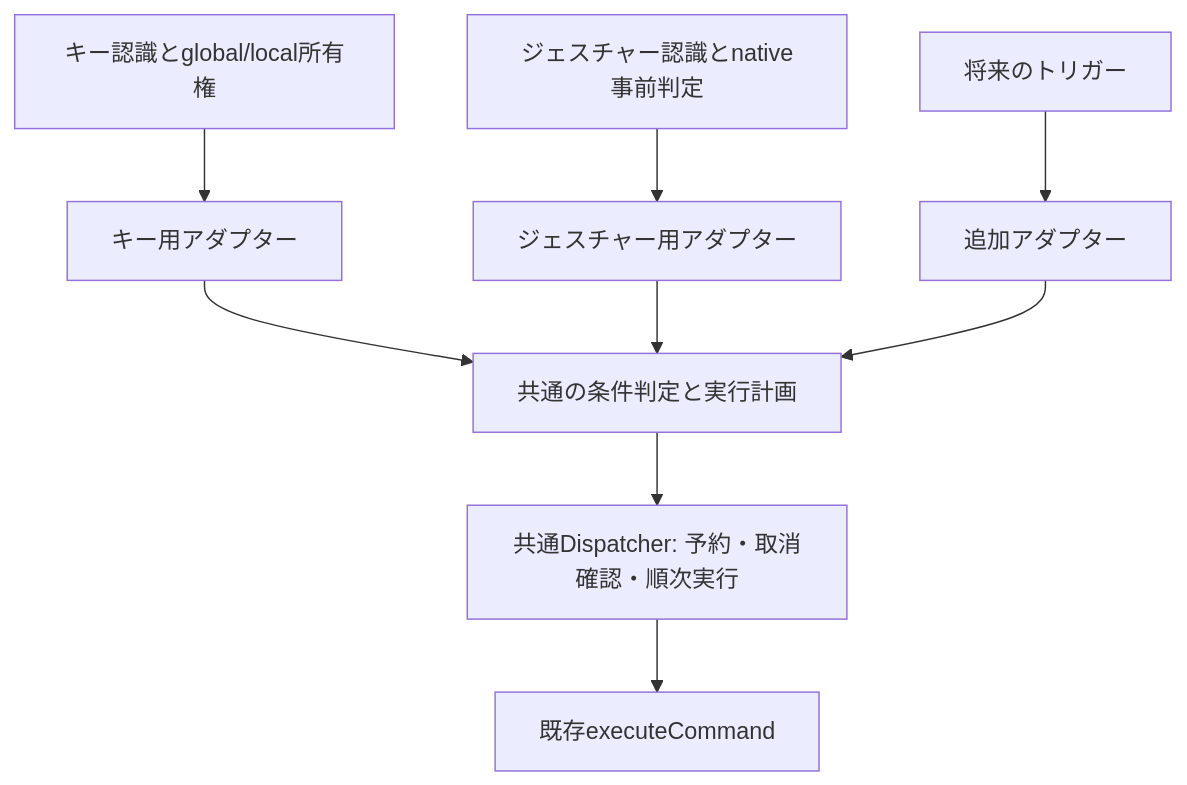
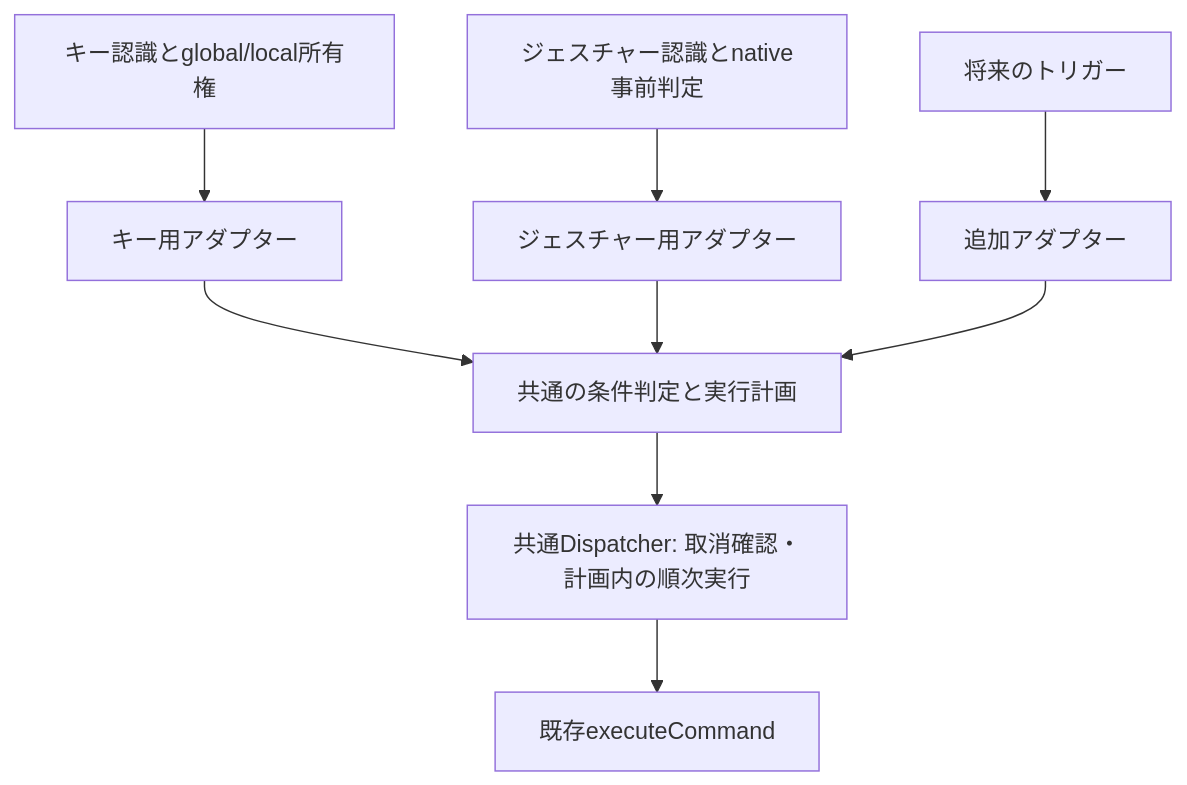
One commit to yukichi-7sai/AppDock.at365 changed the diagram in docs/command-execution-foundation-design.md. Above: the diagram before and after it, drawn with Mermaid. The commit also changed other lines of this file and 48 other files, not shown here.

````diff
--- a/docs/command-execution-foundation-design.md
+++ b/docs/command-execution-foundation-design.md
@@ -43,11 +43,11 @@
 ```mermaid
 flowchart TD
   K[キー認識とglobal/local所有権] --> KA[キー用アダプター]
   G[ジェスチャー認識とnative事前判定] --> GA[ジェスチャー用アダプター]
   F[将来のトリガー] --> FA[追加アダプター]
   KA --> P[共通の条件判定と実行計画]
   GA --> P
   FA --> P
-  P --> D[共通Dispatcher: 予約・取消確認・順次実行]
+  P --> D[共通Dispatcher: 取消確認・計画内の順次実行]
   D --> E[既存executeCommand]
 ```
````
